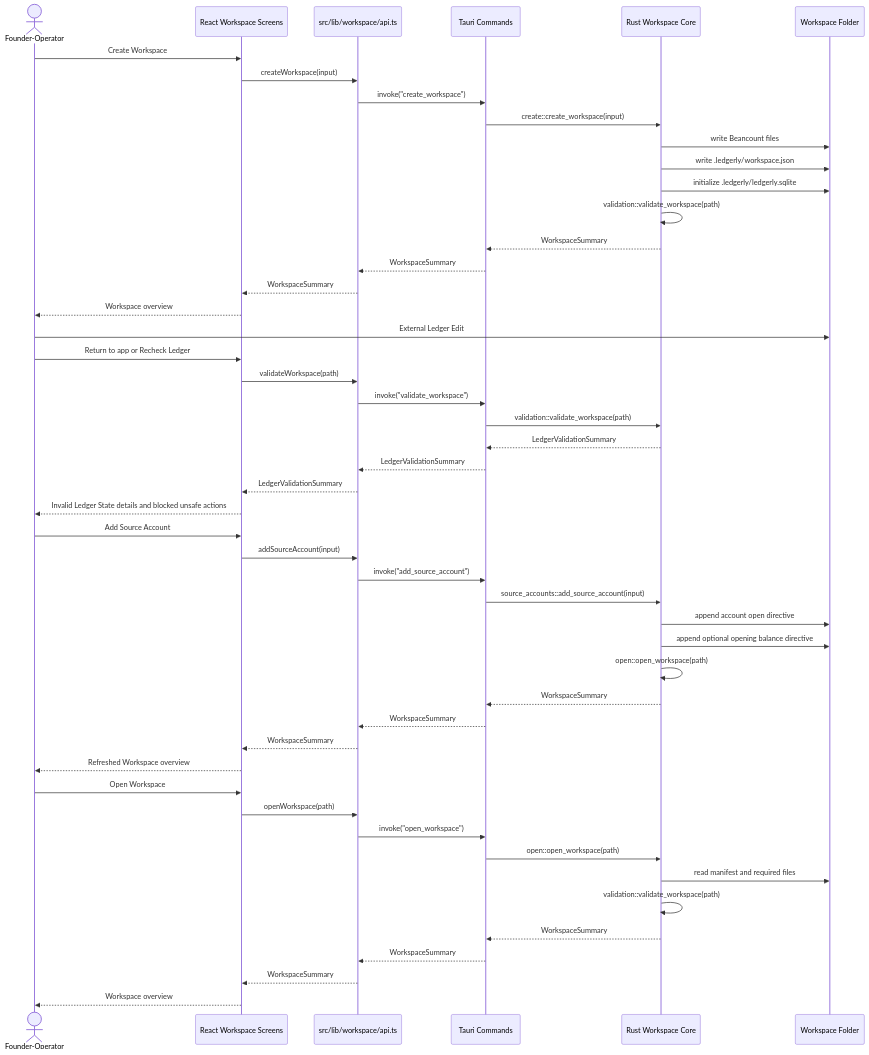
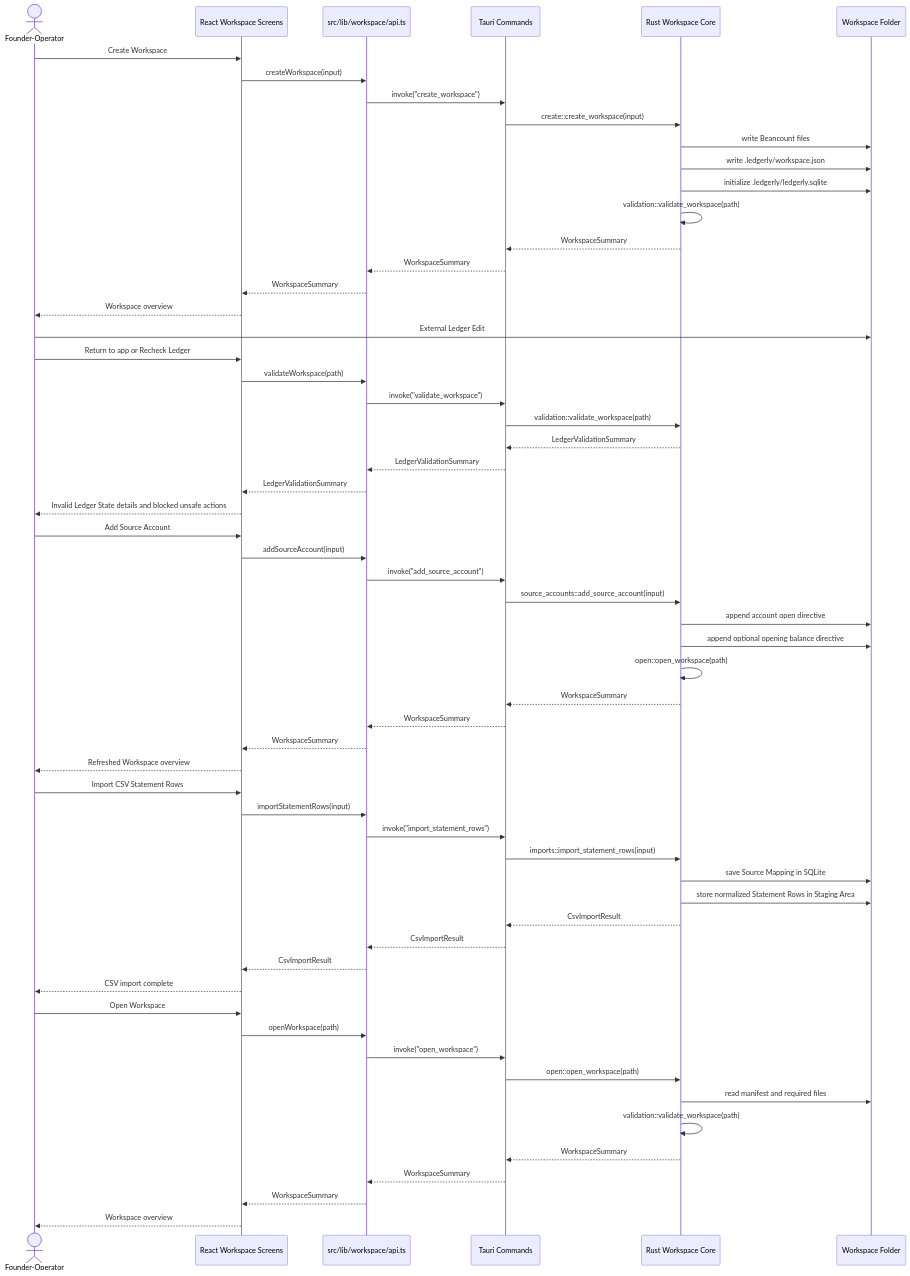
One commit to ryenski/Ledgerly-MVP changed the second of 4 diagrams in docs/architecture.md. Above: the diagram before and after it, drawn with Mermaid. The commit also changed other lines of this file and 13 other files, not shown here.

First line of the commit message:
Import Statement Rows with Source Mapping (#20)

````diff
--- a/docs/architecture.md
+++ b/docs/architecture.md
@@ -93,55 +100,66 @@
 ```mermaid
 sequenceDiagram
   actor User as Founder-Operator
   participant UI as React Workspace Screens
   participant API as src/lib/workspace/api.ts
   participant Cmd as Tauri Commands
   participant Core as Rust Workspace Core
   participant Disk as Workspace Folder
 
   User->>UI: Create Workspace
   UI->>API: createWorkspace(input)
   API->>Cmd: invoke("create_workspace")
   Cmd->>Core: create::create_workspace(input)
   Core->>Disk: write Beancount files
   Core->>Disk: write .ledgerly/workspace.json
   Core->>Disk: initialize .ledgerly/ledgerly.sqlite
   Core->>Core: validation::validate_workspace(path)
   Core-->>Cmd: WorkspaceSummary
   Cmd-->>API: WorkspaceSummary
   API-->>UI: WorkspaceSummary
   UI-->>User: Workspace overview
 
   User->>Disk: External Ledger Edit
   User->>UI: Return to app or Recheck Ledger
   UI->>API: validateWorkspace(path)
   API->>Cmd: invoke("validate_workspace")
   Cmd->>Core: validation::validate_workspace(path)
   Core-->>Cmd: LedgerValidationSummary
   Cmd-->>API: LedgerValidationSummary
   API-->>UI: LedgerValidationSummary
   UI-->>User: Invalid Ledger State details and blocked unsafe actions
 
   User->>UI: Add Source Account
   UI->>API: addSourceAccount(input)
   API->>Cmd: invoke("add_source_account")
   Cmd->>Core: source_accounts::add_source_account(input)
   Core->>Disk: append account open directive
   Core->>Disk: append optional opening balance directive
   Core->>Core: open::open_workspace(path)
   Core-->>Cmd: WorkspaceSummary
   Cmd-->>API: WorkspaceSummary
   API-->>UI: WorkspaceSummary
   UI-->>User: Refreshed Workspace overview
 
+  User->>UI: Import CSV Statement Rows
+  UI->>API: importStatementRows(input)
+  API->>Cmd: invoke("import_statement_rows")
+  Cmd->>Core: imports::import_statement_rows(input)
+  Core->>Disk: save Source Mapping in SQLite
+  Core->>Disk: store normalized Statement Rows in Staging Area
+  Core-->>Cmd: CsvImportResult
+  Cmd-->>API: CsvImportResult
+  API-->>UI: CsvImportResult
+  UI-->>User: CSV import complete
+
   User->>UI: Open Workspace
   UI->>API: openWorkspace(path)
   API->>Cmd: invoke("open_workspace")
   Cmd->>Core: open::open_workspace(path)
   Core->>Disk: read manifest and required files
   Core->>Core: validation::validate_workspace(path)
   Core-->>Cmd: WorkspaceSummary
   Cmd-->>API: WorkspaceSummary
   API-->>UI: WorkspaceSummary
   UI-->>User: Workspace overview
 ```
````
